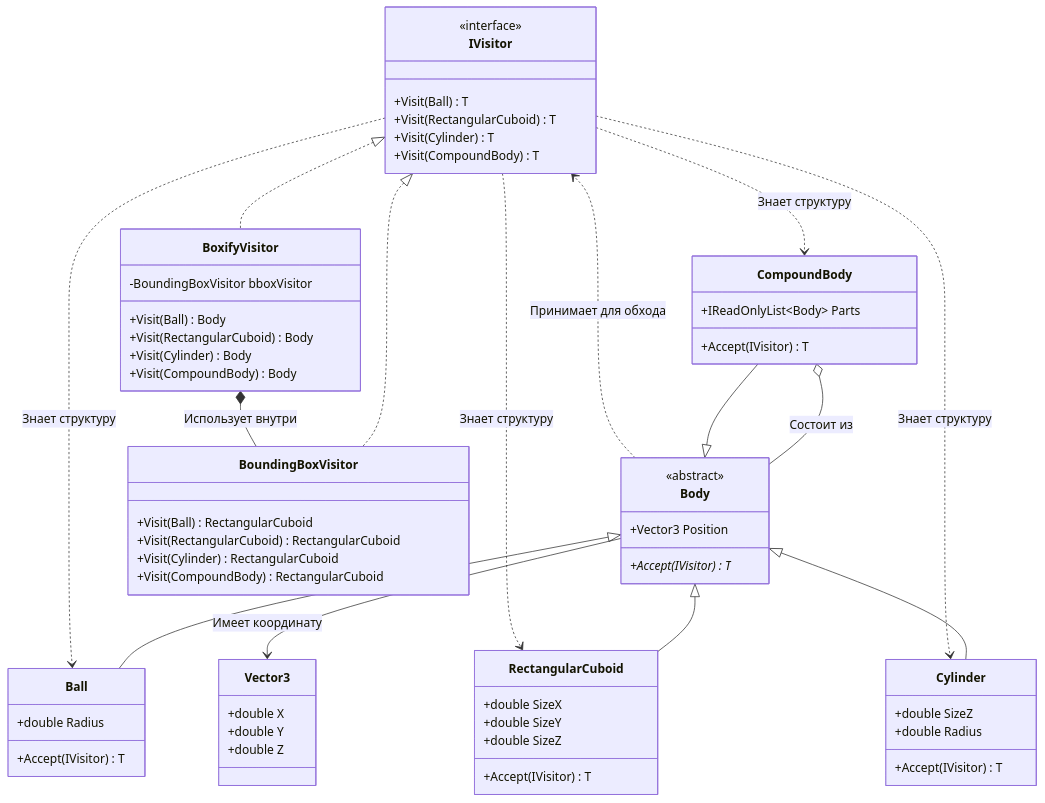
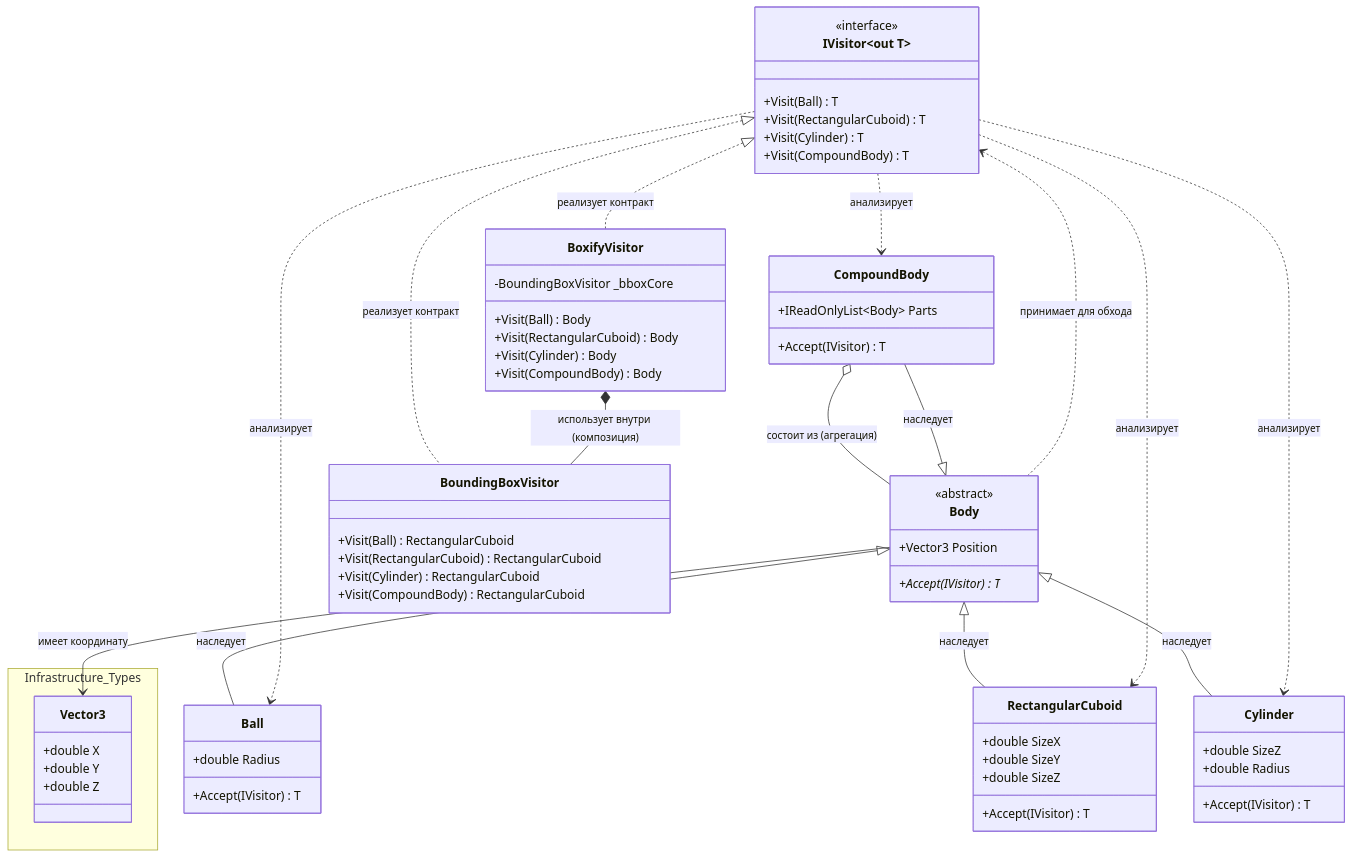
Before and after one commit to NingerangorOid/Praktika_2026: the diagram in geometry-2.md, drawn with Mermaid.

Commit message:
правки внесены

````diff
--- a/geometry-2.md
+++ b/geometry-2.md
@@ -1,14 +1,18 @@
 ```mermaid
 classDiagram
-    %% Внешние структуры
-    class Vector3 {
-        +double X
-        +double Y
-        +double Z
+    direction TB
+
+    %% Внешние вспомогательные структуры данных
+    namespace Infrastructure_Types {
+        class Vector3 {
+            +double X
+            +double Y
+            +double Z
+        }
     }
 
-    %% Интерфейсы
-    class IVisitor {
+    %% Интерфейсы посетителя
+    class IVisitor~out T~ {
         <<interface>>
         +Visit(Ball) T
         +Visit(RectangularCuboid) T
@@ -22,14 +26,14 @@
         +Vector3 Position
         +Accept(IVisitor) T*
     }
-    Body --> Vector3 : Имеет координату
+    Body --> Vector3 : <small>имеет координату</small>
 
-    %% Геометрические тела
+    %% Конкретные геометрические тела
     class Ball {
         +double Radius
         +Accept(IVisitor) T
     }
-    Body <|-- Ball
+    Body <|-- Ball : <small>наследует</small>
 
     class RectangularCuboid {
         +double SizeX
@@ -37,45 +41,45 @@
         +double SizeZ
         +Accept(IVisitor) T
     }
-    Body <|-- RectangularCuboid
+    Body <|-- RectangularCuboid : <small>наследует</small>
 
     class Cylinder {
         +double SizeZ
         +double Radius
         +Accept(IVisitor) T
     }
-    Body <|-- Cylinder
+    Body <|-- Cylinder : <small>наследует</small>
 
     class CompoundBody {
         +IReadOnlyList~Body~ Parts
         +Accept(IVisitor) T
     }
-    Body <|-- CompoundBody
-    CompoundBody o-- Body : Состоит из
+    Body <|-- CompoundBody : <small>наследует</small>
+    CompoundBody o-- Body : <small>состоит из (агрегация)</small>
 
-    %% Посетители
+    %% Реализации посетителей
     class BoundingBoxVisitor {
         +Visit(Ball) RectangularCuboid
         +Visit(RectangularCuboid) RectangularCuboid
         +Visit(Cylinder) RectangularCuboid
         +Visit(CompoundBody) RectangularCuboid
     }
-    IVisitor <|.. BoundingBoxVisitor
+    IVisitor <|.. BoundingBoxVisitor : <small>реализует контракт</small>
 
     class BoxifyVisitor {
-        -BoundingBoxVisitor bboxVisitor
+        -BoundingBoxVisitor _bboxCore
         +Visit(Ball) Body
         +Visit(RectangularCuboid) Body
         +Visit(Cylinder) Body
         +Visit(CompoundBody) Body
     }
-    IVisitor <|.. BoxifyVisitor
-    BoxifyVisitor *-- BoundingBoxVisitor : Использует внутри
+    IVisitor <|.. BoxifyVisitor : <small>реализует контракт</small>
+    BoxifyVisitor *-- BoundingBoxVisitor : <small>использует внутри (композиция)</small>
 
-    
-    Body ..> IVisitor : Принимает для обхода
-    IVisitor ..> Ball : Знает структуру
-    IVisitor ..> RectangularCuboid : Знает структуру
-    IVisitor ..> Cylinder : Знает структуру
-    IVisitor ..> CompoundBody : Знает структуру
+    %% Зависимости логики 
+    Body ..> IVisitor : <small>принимает для обхода</small>
+    IVisitor ..> Ball : <small>анализирует</small>
+    IVisitor ..> RectangularCuboid : <small>анализирует</small>
+    IVisitor ..> Cylinder : <small>анализирует</small>
+    IVisitor ..> CompoundBody : <small>анализирует</small>
 ```
````
